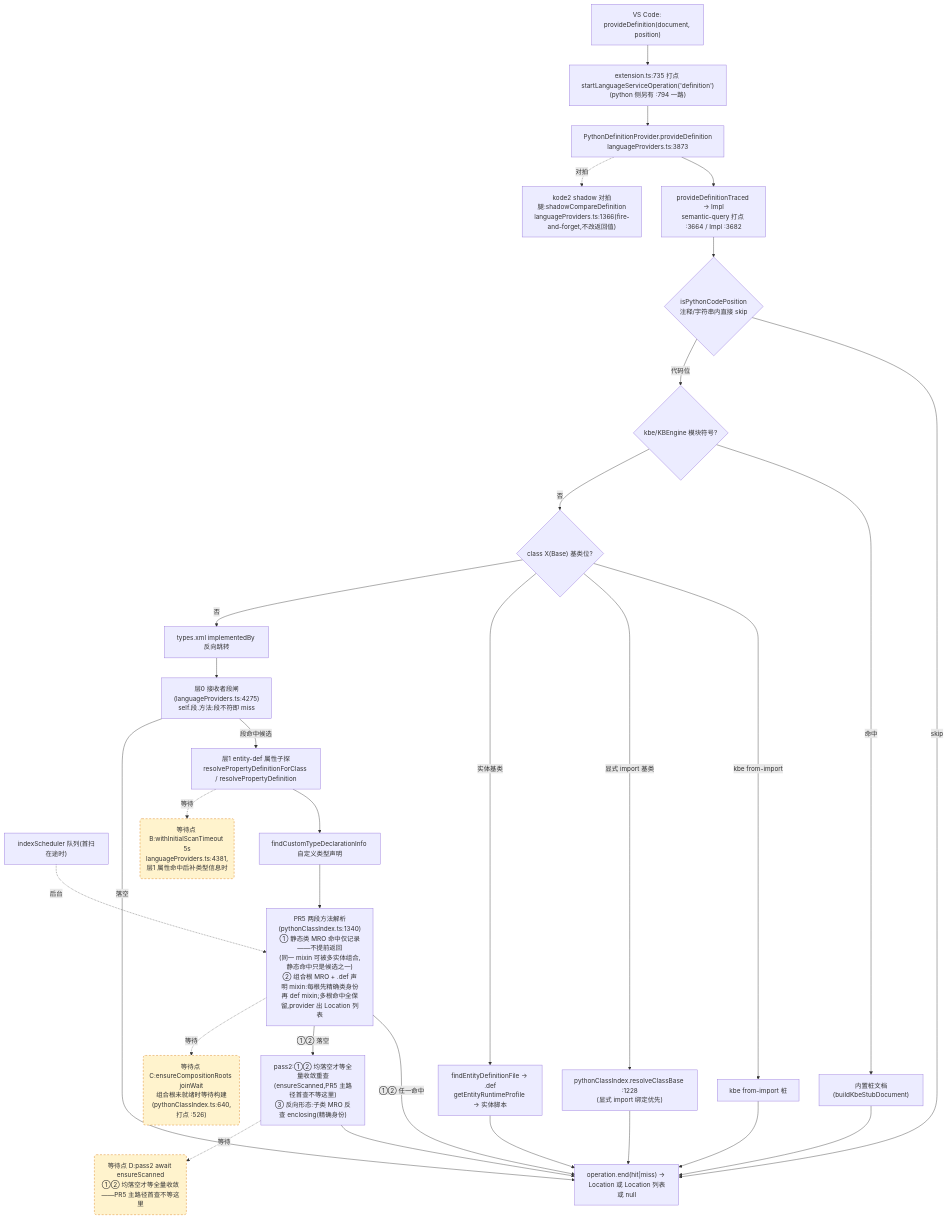
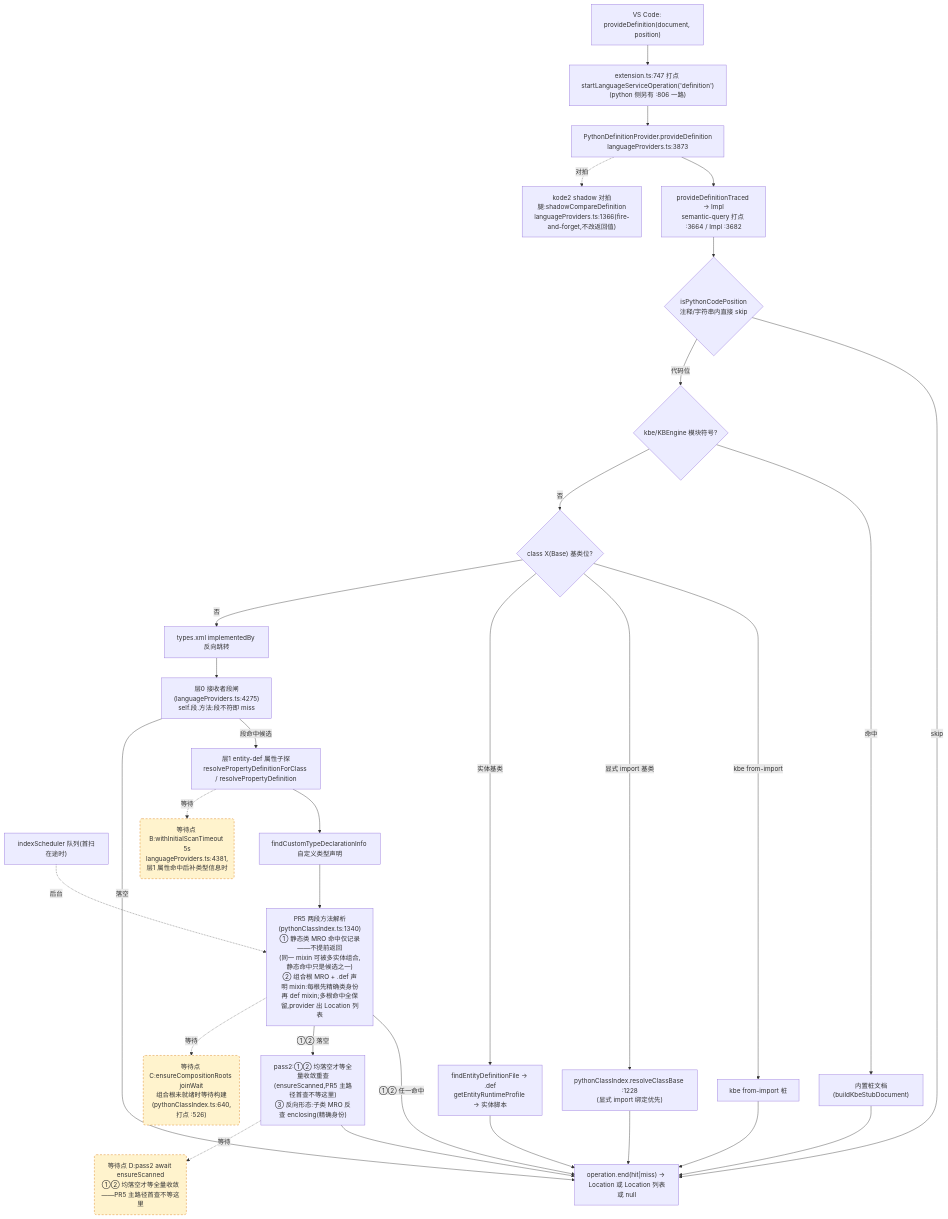
Before and after one commit to cuihairu/kode: the second of 4 diagrams in docs/perf/2026-baseline.md, drawn with Mermaid. The commit also changed other lines of this file and 12 other files, not shown here.

````diff
--- a/docs/perf/2026-baseline.md
+++ b/docs/perf/2026-baseline.md
@@ -130,51 +130,51 @@
 ```mermaid
 flowchart TD
   VC2["VS Code: provideDefinition(document, position)"]
-  M2["extension.ts:735 打点 startLanguageServiceOperation('definition')<br/>(python 侧另有 :794 一路)"]
+  M2["extension.ts:747 打点 startLanguageServiceOperation('definition')<br/>(python 侧另有 :806 一路)"]
   AD2["PythonDefinitionProvider.provideDefinition<br/>languageProviders.ts:3873"]
   TR["provideDefinitionTraced → Impl<br/>semantic-query 打点 :3664 / Impl :3682"]
   CTX{"isPythonCodePosition<br/>注释/字符串内直接 skip"}
   KBE{"kbe/KBEngine 模块符号?"}
   STUB["内置桩文档(buildKbeStubDocument)"]
   CB{"class X(Base) 基类位?"}
   CB1["kbe from-import 桩"]
   CB2["pythonClassIndex.resolveClassBase :1228<br/>(显式 import 绑定优先)"]
   CB3["findEntityDefinitionFile → .def<br/>getEntityRuntimeProfile → 实体脚本"]
   REV["types.xml implementedBy 反向跳转"]
   L0["层0 接收者段闸(languageProviders.ts:4275)<br/>self.段.方法:段不符即 miss"]
   L1["层1 entity-def 属性子探<br/>resolvePropertyDefinitionForClass / resolvePropertyDefinition"]
   SCAN["indexScheduler 队列(首扫在途时)"]
   TY["findCustomTypeDeclarationInfo 自定义类型声明"]
   MRO["PR5 两段方法解析(pythonClassIndex.ts:1340)<br/>① 静态类 MRO 命中仅记录——不提前返回<br/>(同一 mixin 可被多实体组合,静态命中只是候选之一)<br/>② 组合根 MRO + .def 声明 mixin:每根先精确类身份<br/>再 def mixin;多根命中全保留,provider 出 Location 列表"]
   PASS2["pass2:①② 均落空才等全量收敛重查<br/>(ensureScanned,PR5 主路径首查不等这里)<br/>③ 反向形态:子类 MRO 反查 enclosing(精确身份)"]
   SHD["kode2 shadow 对拍腿:shadowCompareDefinition<br/>languageProviders.ts:1366(fire-and-forget,不改返回值)"]
   END2["operation.end(hit|miss) → Location 或 Location 列表或 null"]
 
   VC2 --> M2 --> AD2 --> TR --> CTX
   CTX -- "skip" --> END2
   CTX -- "代码位" --> KBE
   KBE -- "命中" --> STUB --> END2
   KBE -- "否" --> CB
   CB -- "kbe from-import" --> CB1 --> END2
   CB -- "显式 import 基类" --> CB2 --> END2
   CB -- "实体基类" --> CB3 --> END2
   CB -- "否" --> REV --> L0
   L0 -- "段命中候选" --> L1
   L0 -- "落空" --> END2
   L1 --> TY
   TY --> MRO
   MRO -- "①② 任一命中" --> END2
   MRO -- "①② 落空" --> PASS2 --> END2
   AD2 -.->|对拍| SHD
 
   WAITB("等待点 B:withInitialScanTimeout 5s<br/>languageProviders.ts:4381,层1 属性命中后补类型信息时")
   WAITC("等待点 C:ensureCompositionRoots joinWait<br/>组合根未就绪时等待构建(pythonClassIndex.ts:640,打点 :526)")
   WAITD("等待点 D:pass2 await ensureScanned<br/>①② 均落空才等全量收敛——PR5 主路径首查不等这里")
   L1 -.->|等待| WAITB
   MRO -.->|等待| WAITC
   PASS2 -.->|等待| WAITD
   SCAN -.->|后台| MRO
 
   classDef waitPoint fill:#fff3cd,stroke:#d97706,stroke-dasharray:5 4;
   class WAITB,WAITC,WAITD waitPoint;
 ```
````
